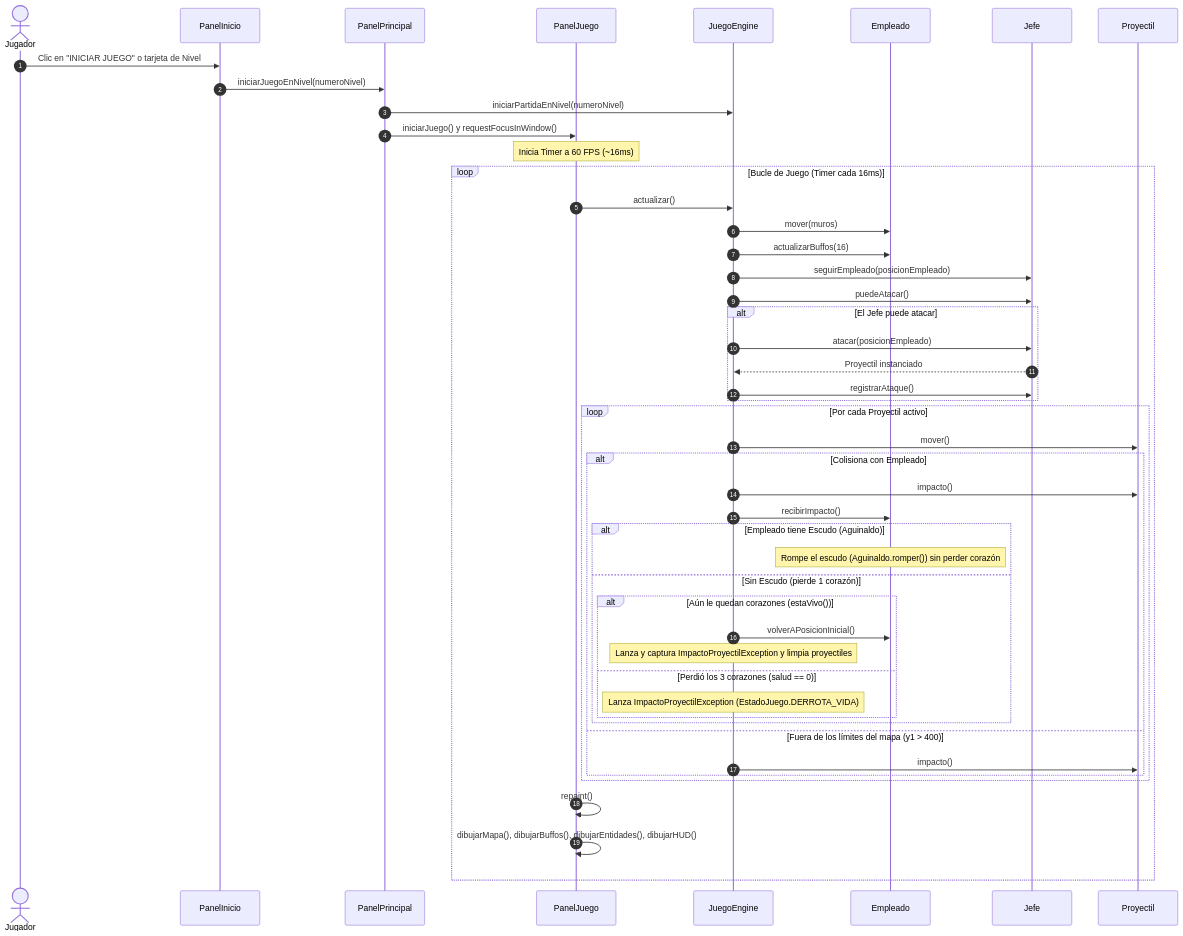
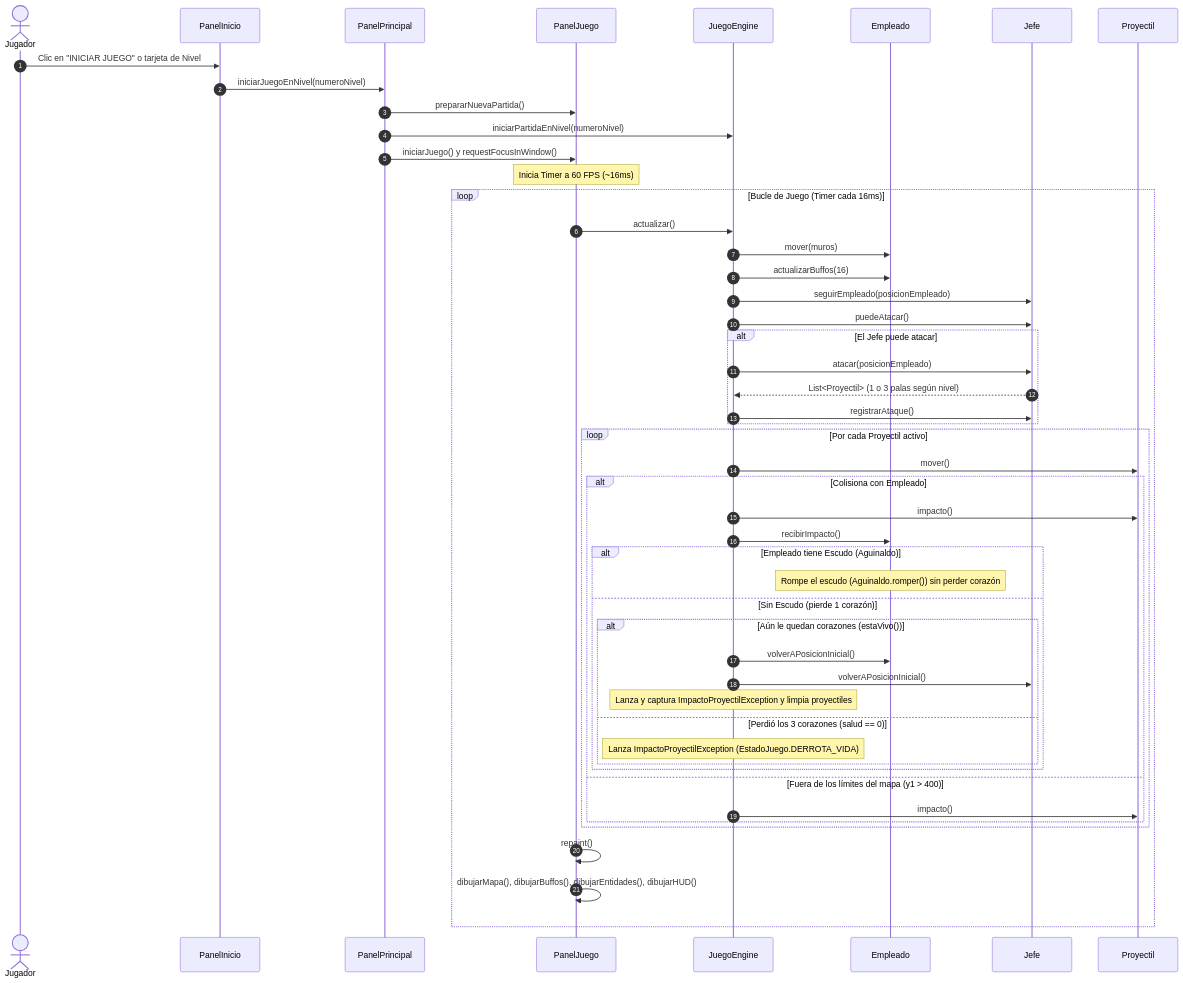
Before and after one commit to EspondaEmiliano/El-One-Piece-POO: the third of 3 diagrams in docs/README.md, drawn with Mermaid. The commit also changed other lines of this file and 5 other files, not shown here.

Commit message:
docs(entrega): actualizar UML, memoria tecnica LaTeX, README y PDF para 5 niveles y ataque triple

````diff
--- a/docs/README.md
+++ b/docs/README.md
@@ -489,62 +500,64 @@
 ```mermaid
 sequenceDiagram
     autonumber
     actor Jugador
     participant PI as PanelInicio
     participant PP as PanelPrincipal
     participant PJ as PanelJuego
     participant JE as JuegoEngine
     participant E as Empleado
     participant J as Jefe
     participant P as Proyectil
 
     %% 1. Inicio de partida
     Jugador->>PI: Clic en "INICIAR JUEGO" o tarjeta de Nivel
     PI->>PP: iniciarJuegoEnNivel(numeroNivel)
+    PP->>PJ: prepararNuevaPartida()
     PP->>JE: iniciarPartidaEnNivel(numeroNivel)
     PP->>PJ: iniciarJuego() y requestFocusInWindow()
     Note over PJ: Inicia Timer a 60 FPS (~16ms)
 
     %% 2. Ciclo de actualización (Game Loop)
     loop Bucle de Juego (Timer cada 16ms)
         PJ->>JE: actualizar()
         
         %% Movimiento Empleado
         JE->>E: mover(muros)
         JE->>E: actualizarBuffos(16)
         
         %% Jefe e IA
         JE->>J: seguirEmpleado(posicionEmpleado)
         JE->>J: puedeAtacar()
         alt El Jefe puede atacar
             JE->>J: atacar(posicionEmpleado)
-            J-->>JE: Proyectil instanciado
+            J-->>JE: List<Proyectil> (1 o 3 palas según nivel)
             JE->>J: registrarAtaque()
         end
 
         %% Balística y Colisiones
         loop Por cada Proyectil activo
             JE->>P: mover()
             alt Colisiona con Empleado
                 JE->>P: impacto()
                 JE->>E: recibirImpacto()
                 alt Empleado tiene Escudo (Aguinaldo)
                     Note over E: Rompe el escudo (Aguinaldo.romper()) sin perder corazón
                 else Sin Escudo (pierde 1 corazón)
                     alt Aún le quedan corazones (estaVivo())
                         JE->>E: volverAPosicionInicial()
+                        JE->>J: volverAPosicionInicial()
                         Note over JE: Lanza y captura ImpactoProyectilException y limpia proyectiles
                     else Perdió los 3 corazones (salud == 0)
                         Note over JE: Lanza ImpactoProyectilException (EstadoJuego.DERROTA_VIDA)
                     end
                 end
             else Fuera de los límites del mapa (y1 > 400)
                 JE->>P: impacto()
             end
         end
 
         %% 3. Redibujado en pantalla
         PJ->>PJ: repaint()
         PJ->>PJ: dibujarMapa(), dibujarBuffos(), dibujarEntidades(), dibujarHUD()
     end
 ```
````
